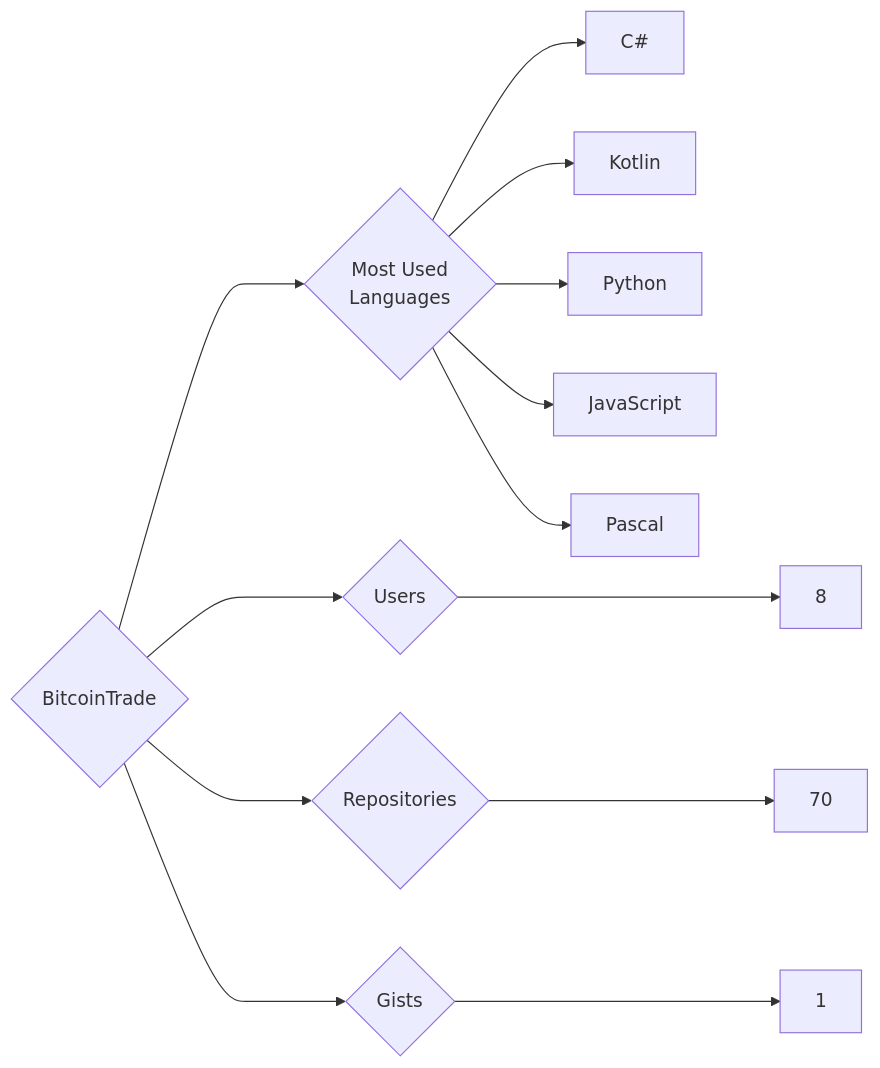
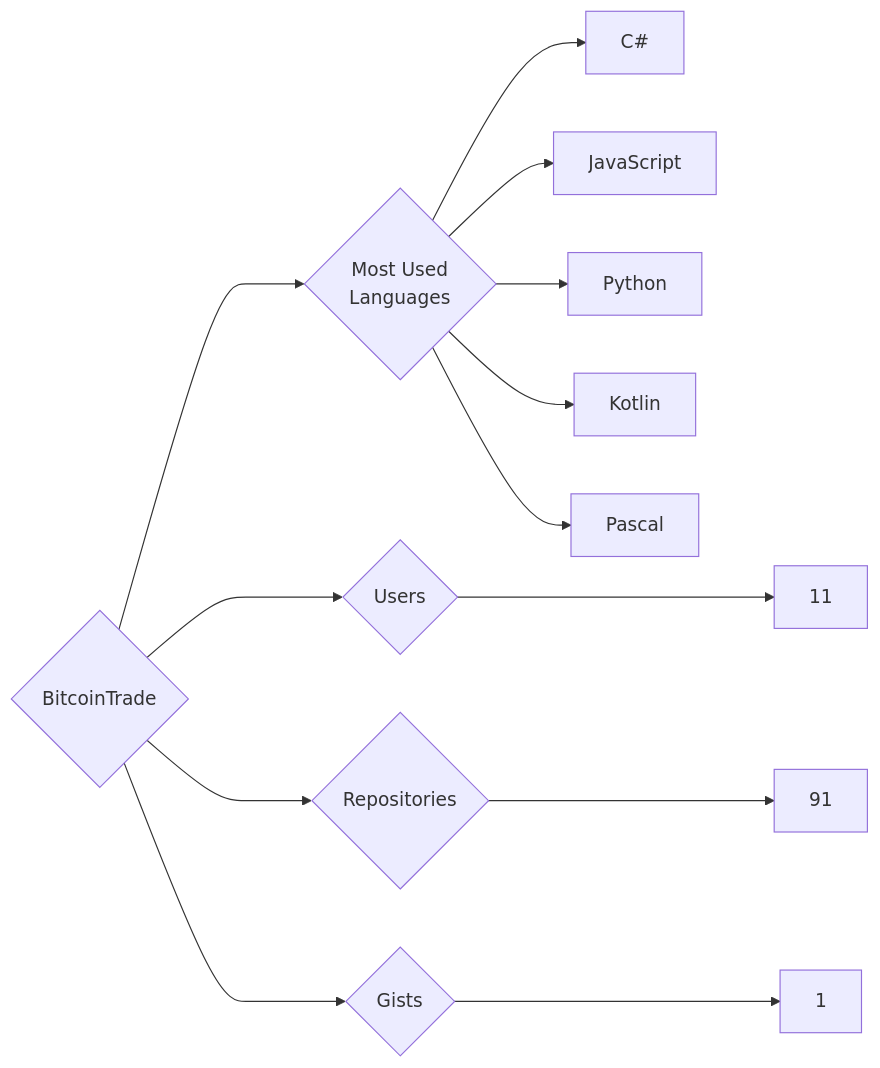
The diagram in targets/BitcoinTrade/README.md (trickest/insiders), drawn with Mermaid before and after one commit. The commit also changed 860 other files, not shown here.

````diff
--- a/targets/BitcoinTrade/README.md
+++ b/targets/BitcoinTrade/README.md
@@ -3,13 +3,13 @@
 ```mermaid
 graph LR
 COMPANY_NAME{BitcoinTrade}
-COMPANY_NAME ---> U{Users} ---> UN[8]
-COMPANY_NAME ---> R{Repositories} ---> RN[70]
+COMPANY_NAME ---> U{Users} ---> UN[11]
+COMPANY_NAME ---> R{Repositories} ---> RN[91]
 COMPANY_NAME ---> G{Gists} ---> GN[1]
 COMPANY_NAME ---> ML{Most Used<br>Languages}
 ML --> C#[C#]
+ML --> JavaScript[JavaScript]
+ML --> Python[Python]
 ML --> Kotlin[Kotlin]
-ML --> Python[Python]
-ML --> JavaScript[JavaScript]
 ML --> Pascal[Pascal]
 ```
````
